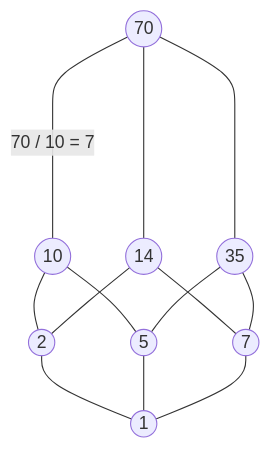
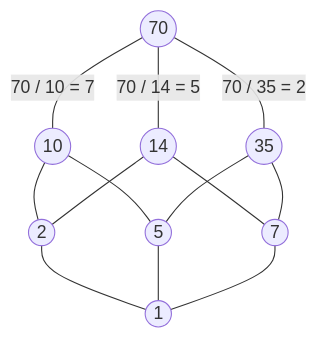
One commit to LeonStoldt/discreteMathematics changed diagram 14 of 14 in README.md. Above: the diagram before and after it, drawn with Mermaid. The commit also changed other lines of this file, not shown here.

````diff
--- a/README.md
+++ b/README.md
@@ -242,15 +242,15 @@
 ```mermaid
 graph TD
 70((70)) --70 / 10 = 7--- 10((10))
-70 ----- 14((14))
-70 --- 35((35))
+70 --70 / 14 = 5--- 14((14))
+70 --70 / 35 = 2--- 35((35))
 10 --- 2((2))
 10 --- 5((5))
 14 --- 2
 14 --- 7((7))
 35 --- 5
 35 --- 7
 2 --- 1((1))
 5 --- 1
 7 --- 1
 ```
````
